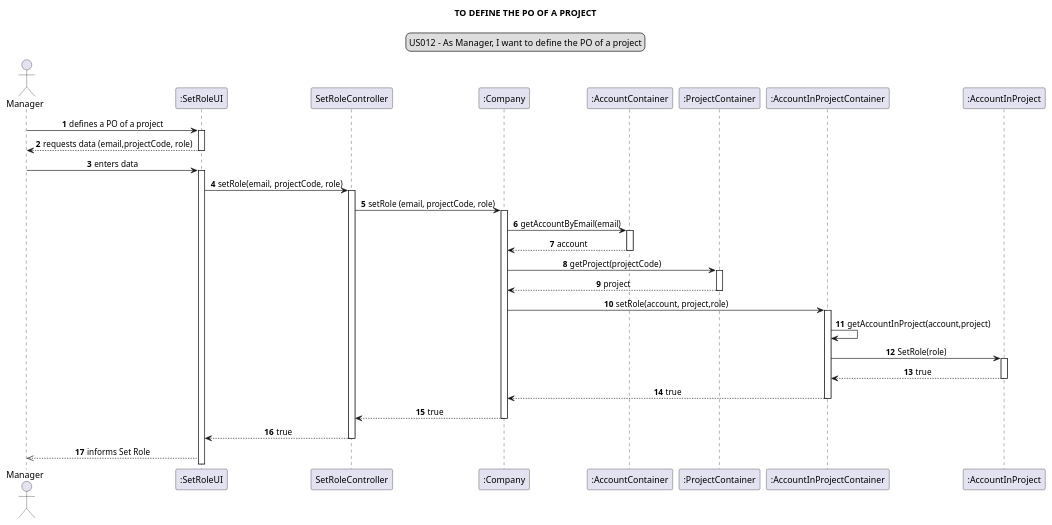
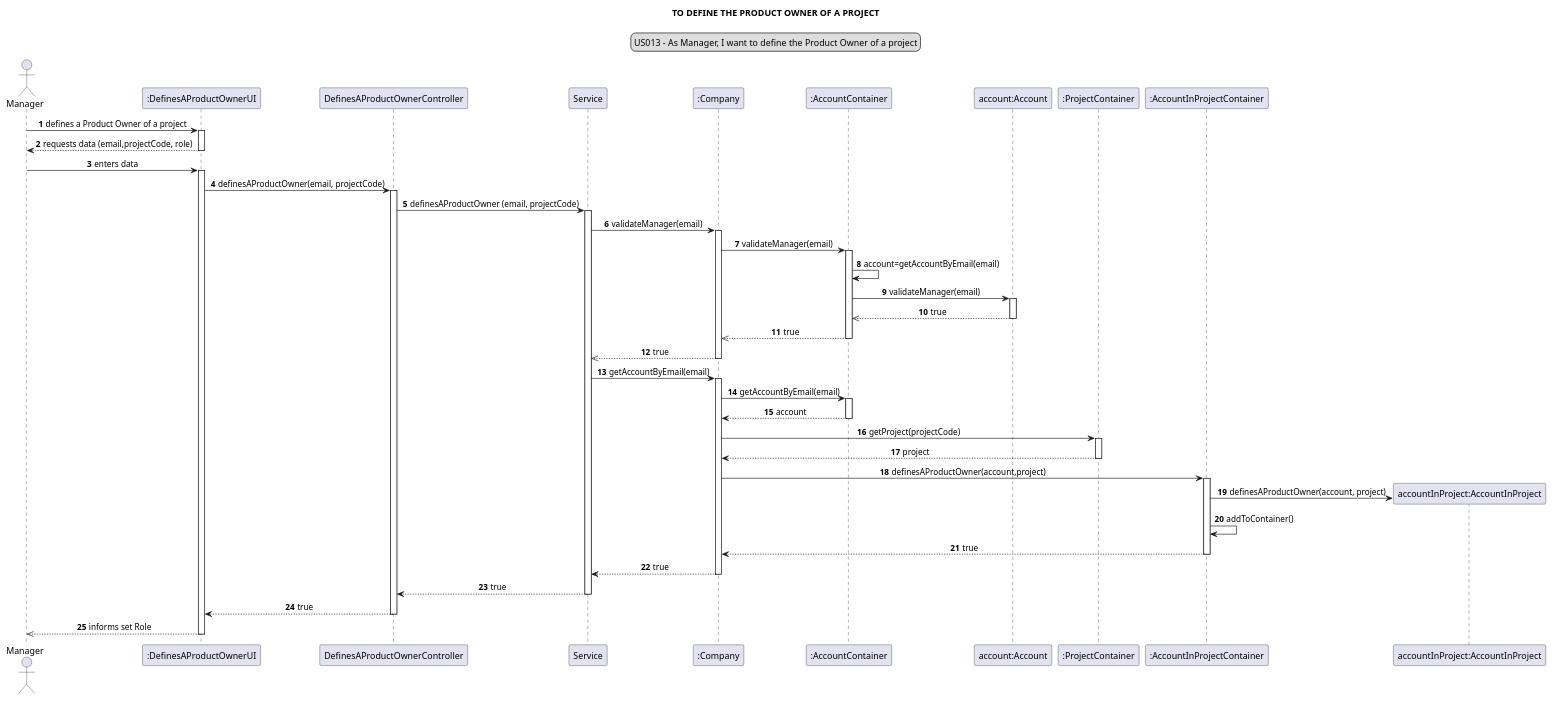
Before and after one commit to Loracline/project_switch_22-23: the diagram in docs/modelling_design/user_stories/US012/US012_sequenceDiagram.puml, drawn with PlantUML. The commit also changed other lines of this file and 1 other file, not shown here.

Commit message:
US012:Design: Refined Sequence Diagra, refined Class Diagram

```diff
--- a/docs/modelling_design/user_stories/US012/US012_sequenceDiagram.puml
+++ b/docs/modelling_design/user_stories/US012/US012_sequenceDiagram.puml
@@ -1,55 +1,68 @@
 @startuml
 'https://plantuml.com/class-diagram
 skinparam sequenceMessageAlign center
-title TO DEFINE THE PO OF A PROJECT
+title TO DEFINE THE PRODUCT OWNER OF A PROJECT
 legend top
-US012 - As Manager, I want to define the PO of a project
+US013 - As Manager, I want to define the Product Owner of a project
 end legend
 autonumber
-
 actor Manager
-participant ":SetRoleUI" as ui
-participant "SetRoleController" as controller
+participant ":DefinesAProductOwnerUI" as ui
+participant "DefinesAProductOwnerController" as controller
+participant "Service" as ser
 participant ":Company" as company
-participant ":AccountContainer" as acccontainer
-participant ":ProjectContainer" as pcontainer
+participant ":AccountContainer" as ac
+participant "account:Account" as a
+participant ":ProjectContainer" as pcpcontainer
 participant ":AccountInProjectContainer" as accinprojcont
-participant ":AccountInProject" as accinproj
-
-
-Manager -> ui:  defines a PO of a project
+participant "accountInProject:AccountInProject" as accinproj
+Manager -> ui:  defines a Product Owner of a project
 activate ui
 Manager <-- ui:  requests data (email,projectCode, role)
 deactivate ui
 Manager -> ui:  enters data
 activate ui
-ui -> controller: setRole(email, projectCode, role)
+ui -> controller: definesAProductOwner(email, projectCode)
 activate controller
-controller -> company: setRole (email, projectCode, role)
+controller -> ser: definesAProductOwner (email, projectCode)
+activate ser
+ser -> company: validateManager(email)
 activate company
-company -> acccontainer: getAccountByEmail(email)
-activate acccontainer
-company <-- acccontainer: account
-deactivate acccontainer
-company -> pcontainer: getProject(projectCode)
-activate pcontainer
-company <-- pcontainer: project
-deactivate pcontainer
-company -> accinprojcont: setRole(account, project,role)
+company -> ac: validateManager(email)
+activate ac
+ac -> ac: account=getAccountByEmail(email)
+ac -> a: validateManager(email)
+activate a
+a -->> ac: true
+deactivate a
+ac -->> company: true
+deactivate ac
+company -->> ser: true
+deactivate company
+ser -> company: getAccountByEmail(email)
+activate company
+company -> ac: getAccountByEmail(email)
+activate ac
+company <-- ac: account
+deactivate ac
+company -> pcpcontainer: getProject(projectCode)
+activate pcpcontainer
+company <-- pcpcontainer: project
+deactivate pcpcontainer
+company -> accinprojcont: definesAProductOwner(account,project)
 activate accinprojcont
-accinprojcont -> accinprojcont : getAccountInProject(account,project)
-accinprojcont -> accinproj: SetRole(role)
-activate accinproj
-accinproj --> accinprojcont: true
-
+create accinproj
+accinprojcont -> accinproj: definesAProductOwner(account, project)
+accinprojcont -> accinprojcont: addToContainer()
 deactivate accinproj
 accinprojcont --> company: true
 deactivate accinprojcont
-company --> controller : true
+company --> ser : true
 deactivate company
+ser --> controller: true
+deactivate ser
 controller --> ui: true
 deactivate controller
-ui -->> Manager: informs Set Role
-
-
+ui -->> Manager: informs set Role
+deactivate ui
 @enduml
```
